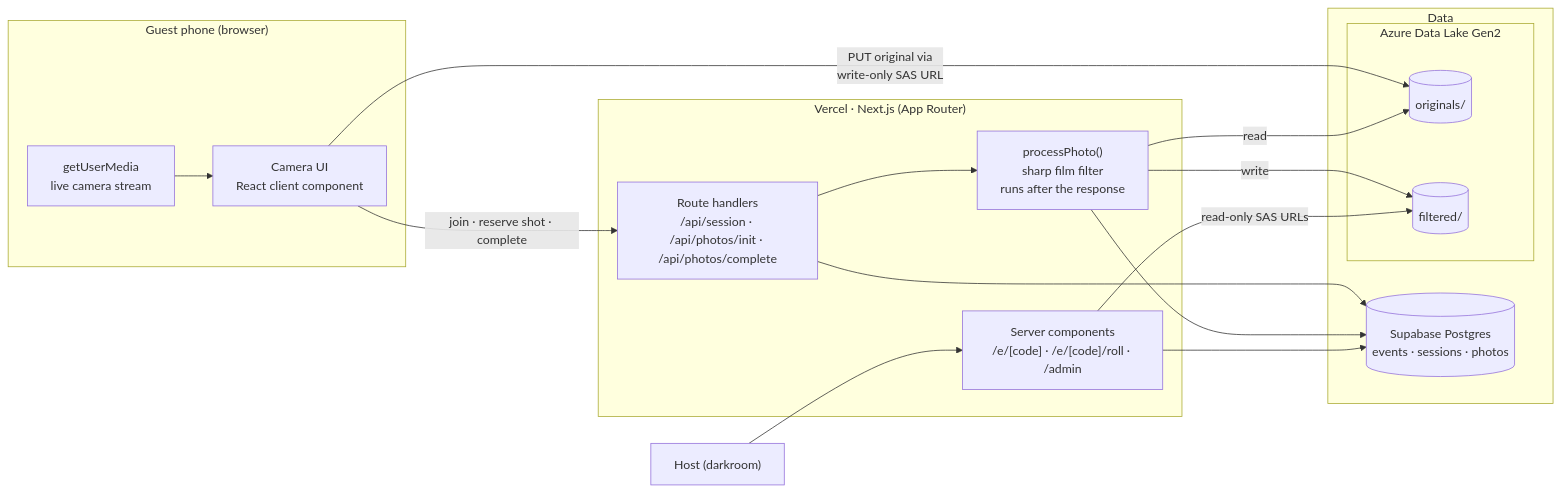
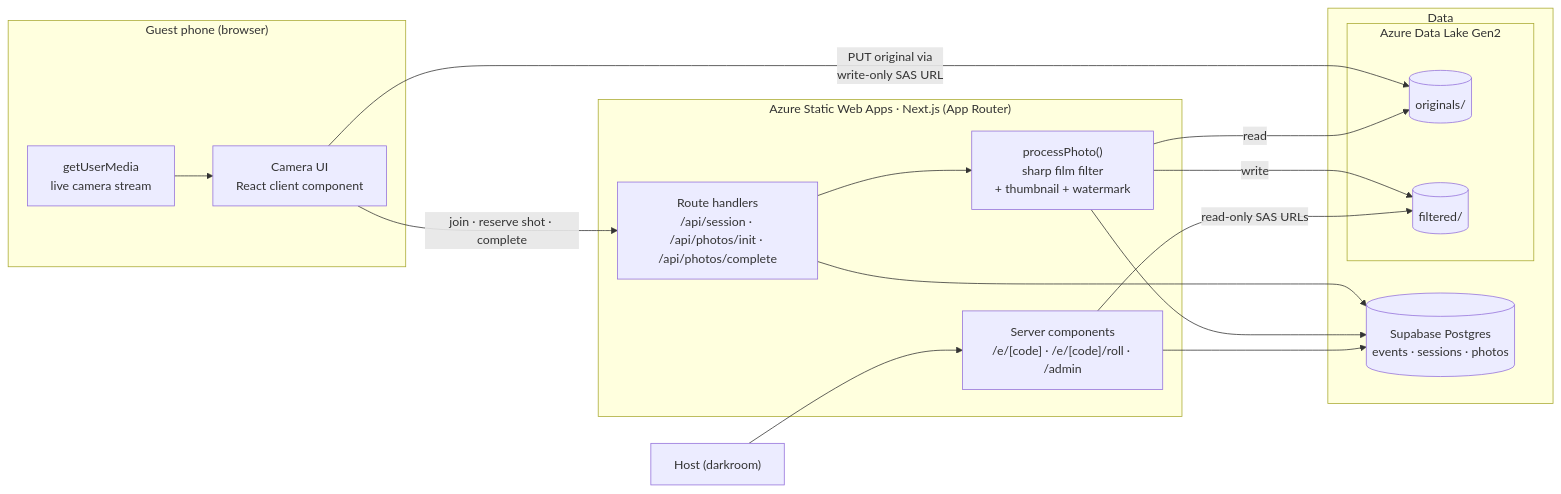
Before and after one commit to narayave/blindshot: the first of 2 diagrams in README.md, drawn with Mermaid. The commit also changed other lines of this file and 4 other files, not shown here.

First line of the commit message:
Host on Azure Static Web Apps (free); bigger watermark

````diff
--- a/README.md
+++ b/README.md
@@ -27,35 +27,35 @@
 ```mermaid
 flowchart LR
   subgraph Phone["Guest phone (browser)"]
     UI["Camera UI<br/>React client component"]
     CAM["getUserMedia<br/>live camera stream"]
   end
 
-  subgraph Vercel["Vercel · Next.js (App Router)"]
+  subgraph Web["Azure Static Web Apps · Next.js (App Router)"]
     API["Route handlers<br/>/api/session · /api/photos/init · /api/photos/complete"]
     PAGES["Server components<br/>/e/[code] · /e/[code]/roll · /admin"]
-    PROC["processPhoto()<br/>sharp film filter<br/>runs after the response"]
+    PROC["processPhoto()<br/>sharp film filter<br/>+ thumbnail + watermark"]
   end
 
   subgraph Data["Data"]
     PG[("Supabase Postgres<br/>events · sessions · photos")]
     subgraph Azure["Azure Data Lake Gen2"]
       ORIG[("originals/")]
       FILT[("filtered/")]
     end
   end
 
   HOST["Host (darkroom)"]
 
   CAM --> UI
   UI -- "join · reserve shot · complete" --> API
   UI -- "PUT original via<br/>write-only SAS URL" --> ORIG
   API --> PG
   API --> PROC
   PROC -- read --> ORIG
   PROC -- write --> FILT
   PROC --> PG
   PAGES --> PG
   PAGES -- "read-only SAS URLs" --> FILT
   HOST --> PAGES
 ```
````
